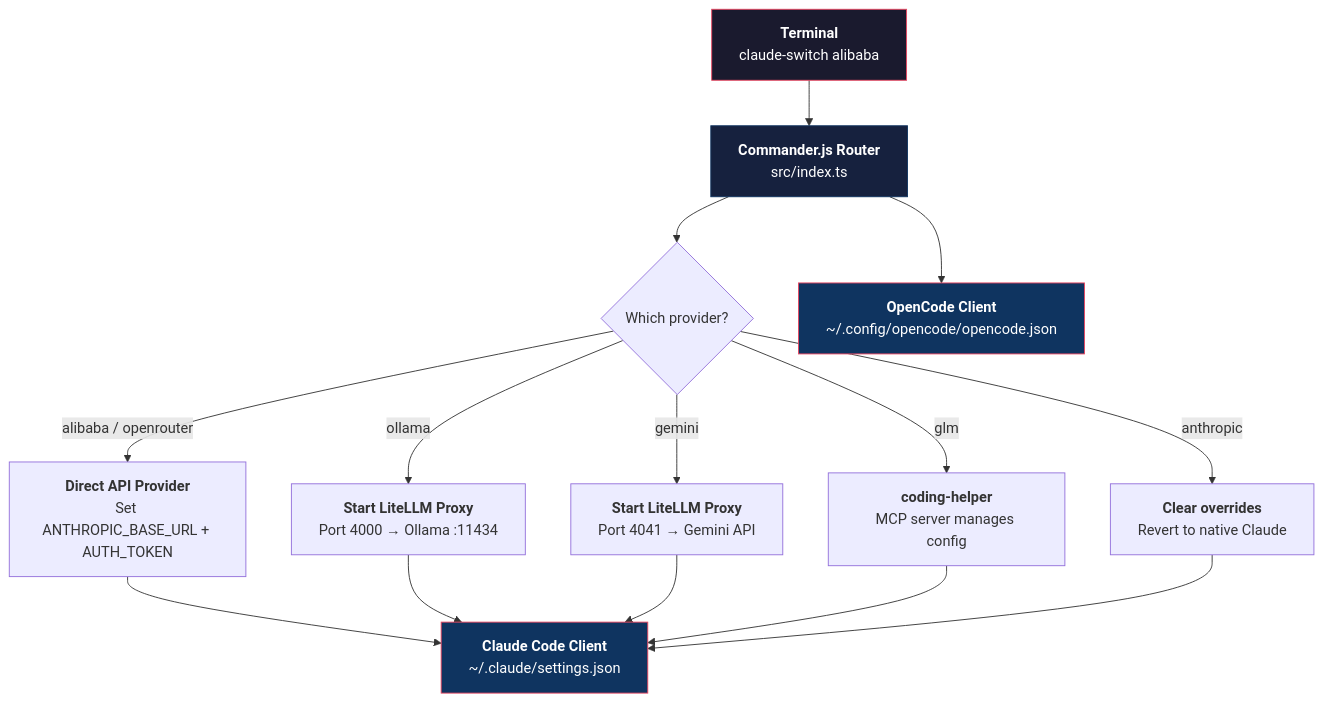
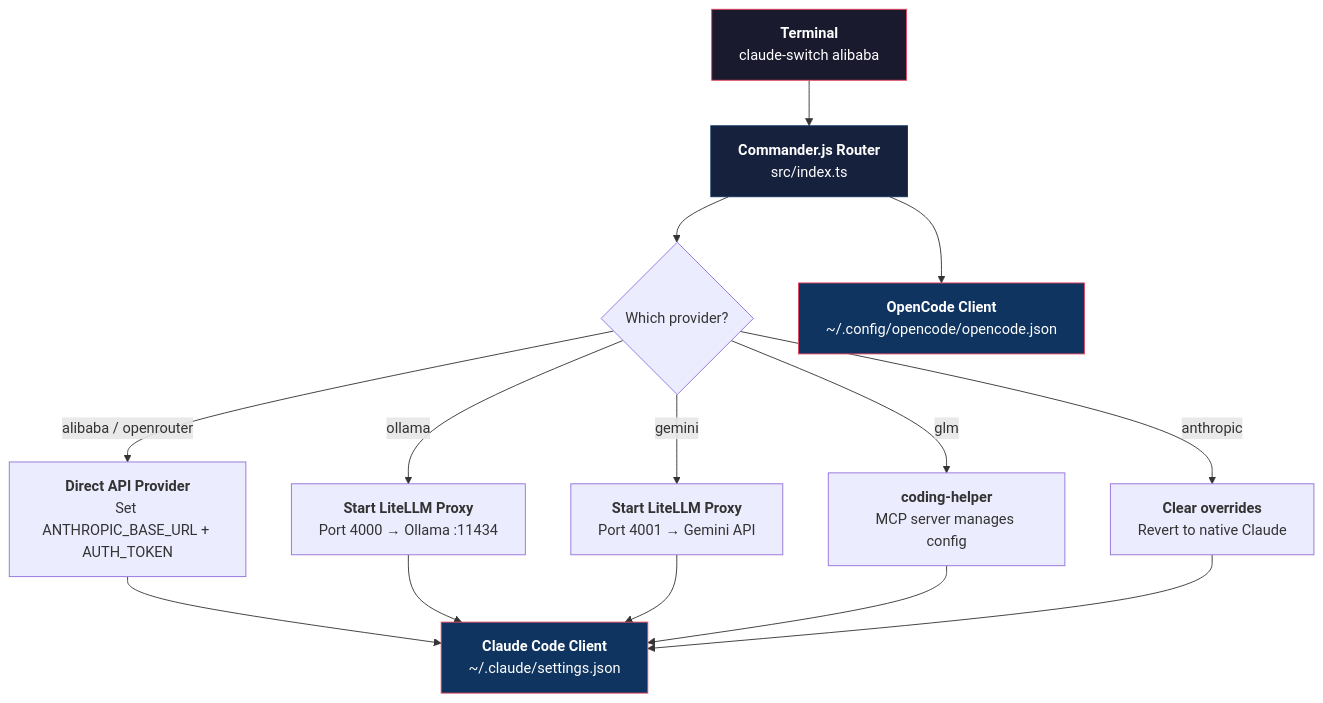
The diagram in .zread/wiki/versions/2026-04-24-203206/1-overview-what-claude-ai-switcher-does-and-why-it-matters.md (tupacalypse187/claude-ai-switcher), drawn with Mermaid before and after one commit.

Commit message:
🐛 fix: correct Gemini proxy port from 4041 to 4001 in zread wiki

````diff
--- a/.zread/wiki/versions/2026-04-24-203206/1-overview-what-claude-ai-switcher-does-and-why-it-matters.md
+++ b/.zread/wiki/versions/2026-04-24-203206/1-overview-what-claude-ai-switcher-does-and-why-it-matters.md
@@ -30,20 +30,20 @@
 ```mermaid
 flowchart TD
     A["<b>Terminal</b><br/>claude-switch alibaba"] --> B["<b>Commander.js Router</b><br/>src/index.ts"]
     B --> C{"Which provider?"}
     C -->|alibaba / openrouter| D["<b>Direct API Provider</b><br/>Set ANTHROPIC_BASE_URL + AUTH_TOKEN"]
     C -->|ollama| E["<b>Start LiteLLM Proxy</b><br/>Port 4000 → Ollama :11434"]
-    C -->|gemini| F["<b>Start LiteLLM Proxy</b><br/>Port 4041 → Gemini API"]
+    C -->|gemini| F["<b>Start LiteLLM Proxy</b><br/>Port 4001 → Gemini API"]
     C -->|glm| G["<b>coding-helper</b><br/>MCP server manages config"]
     C -->|anthropic| H["<b>Clear overrides</b><br/>Revert to native Claude"]
     D --> I["<b>Claude Code Client</b><br/>~/.claude/settings.json"]
     E --> I
     F --> I
     G --> I
     H --> I
     B --> J["<b>OpenCode Client</b><br/>~/.config/opencode/opencode.json"]
     style A fill:#1a1a2e,stroke:#e94560,color:#fff
     style B fill:#16213e,stroke:#0f3460,color:#fff
     style I fill:#0f3460,stroke:#e94560,color:#fff
     style J fill:#0f3460,stroke:#e94560,color:#fff
 ```
````
